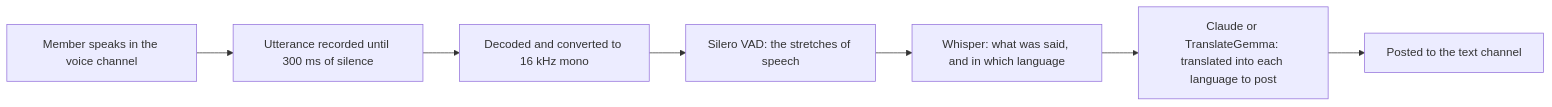
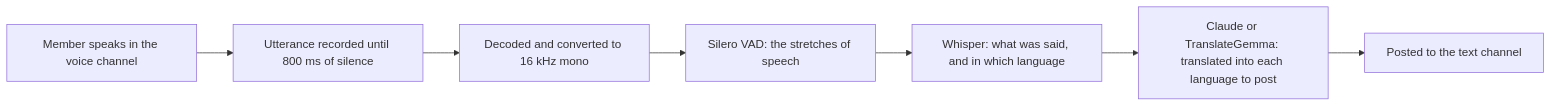
The diagram in README.md (Fkinds/discord-aitranslate-bot), drawn with Mermaid before and after one commit. The commit also changed other lines of this file and 2 other files, not shown here.

First line of the commit message:
feat: end an utterance after 800 ms of silence, not 300

````diff
--- a/README.md
+++ b/README.md
@@ -301,9 +301,9 @@
 ```mermaid
 graph LR
-    A[Member speaks in the voice channel] --> B[Utterance recorded until 300 ms of silence]
+    A[Member speaks in the voice channel] --> B[Utterance recorded until 800 ms of silence]
     B --> C[Decoded and converted to 16 kHz mono]
     C --> D[Silero VAD: the stretches of speech]
     D --> E[Whisper: what was said, and in which language]
     E --> F[Claude or TranslateGemma: translated into each language to post]
     F --> G[Posted to the text channel]
 ```
````
